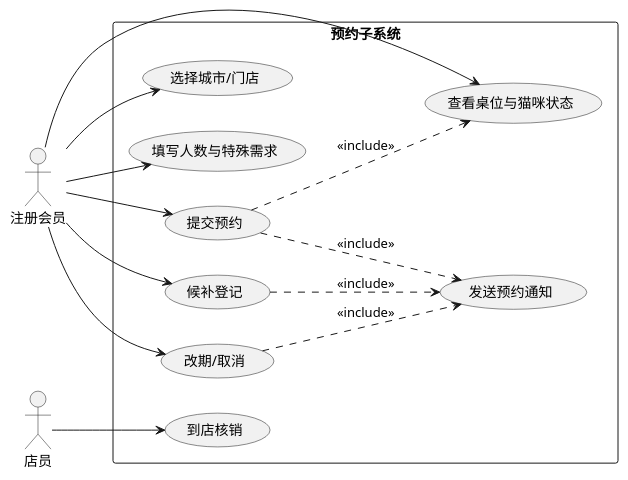
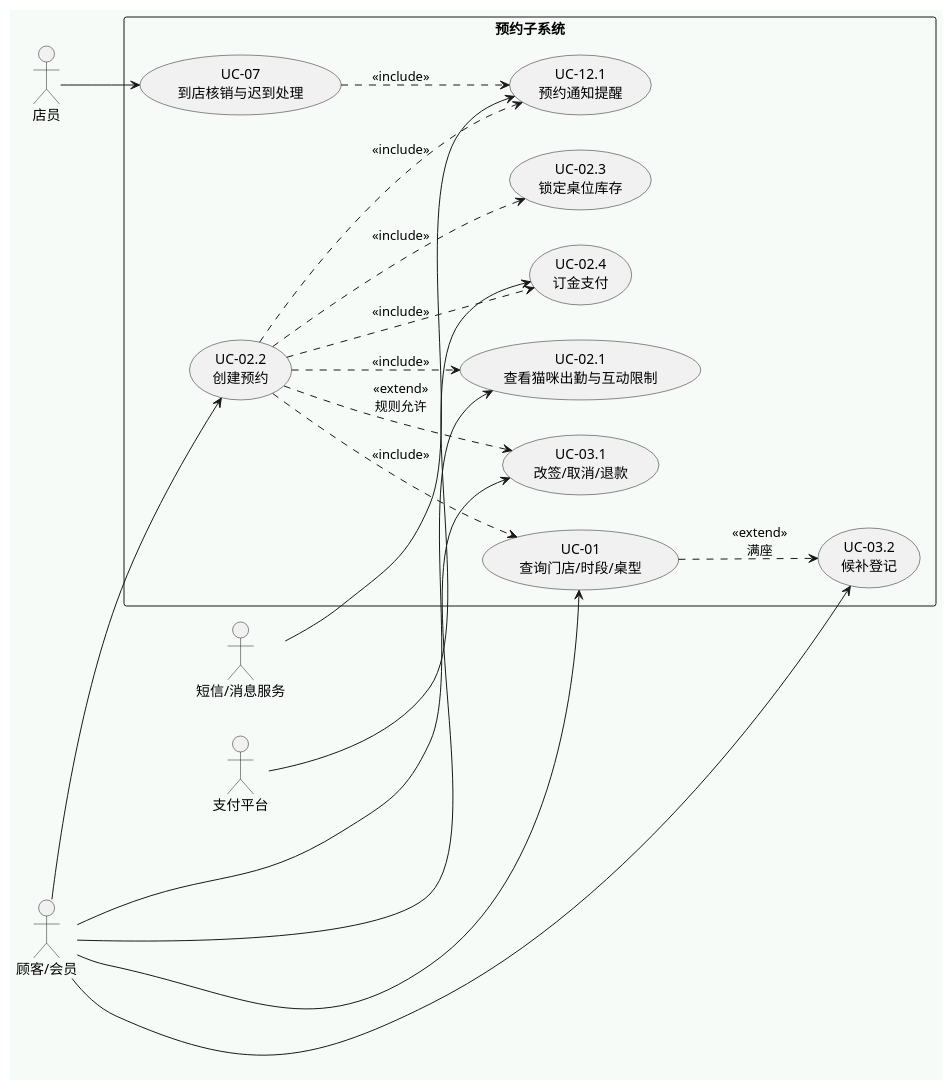
Before and after one commit to EridanusQ/BJFU-SoftwareEngineer: the diagram in 实验一_智能化需求工程与UML建模/D1-4_UML模型集/usecase/子用例_预约.puml, drawn with PlantUML. The commit also changed 40 other files, not shown here.

Commit message:
docs(lab1): polish D1-4 UML and D1-5 traceability

```diff
--- a/实验一_智能化需求工程与UML建模/D1-4_UML模型集/usecase/子用例_预约.puml
+++ b/实验一_智能化需求工程与UML建模/D1-4_UML模型集/usecase/子用例_预约.puml
@@ -1,26 +1,38 @@
 @startuml
 left to right direction
-actor "注册会员" as Member
+skinparam backgroundColor #F6FBF8
+skinparam packageStyle rectangle
+skinparam shadowing false
+skinparam defaultFontName Microsoft YaHei
+actor "顾客/会员" as Customer
 actor "店员" as Staff
+actor "支付平台" as Payment
+actor "短信/消息服务" as Message
 rectangle "预约子系统" {
-  usecase "选择城市/门店" as U1
-  usecase "查看桌位与猫咪状态" as U2
-  usecase "填写人数与特殊需求" as U3
-  usecase "提交预约" as U4
-  usecase "候补登记" as U5
-  usecase "改期/取消" as U6
-  usecase "到店核销" as U7
-  usecase "发送预约通知" as U8
+  usecase "UC-01\n查询门店/时段/桌型" as Search
+  usecase "UC-02.1\n查看猫咪出勤与互动限制" as CatSchedule
+  usecase "UC-02.2\n创建预约" as Create
+  usecase "UC-02.3\n锁定桌位库存" as Lock
+  usecase "UC-02.4\n订金支付" as Deposit
+  usecase "UC-03.1\n改签/取消/退款" as Change
+  usecase "UC-03.2\n候补登记" as Waitlist
+  usecase "UC-07\n到店核销与迟到处理" as CheckIn
+  usecase "UC-12.1\n预约通知提醒" as Notify
 }
-Member --> U1
-Member --> U2
-Member --> U3
-Member --> U4
-Member --> U5
-Member --> U6
-Staff --> U7
-U4 ..> U2 : <<include>>
-U4 ..> U8 : <<include>>
-U5 ..> U8 : <<include>>
-U6 ..> U8 : <<include>>
+Customer --> Search
+Customer --> CatSchedule
+Customer --> Create
+Customer --> Change
+Customer --> Waitlist
+Staff --> CheckIn
+Payment --> Deposit
+Message --> Notify
+Create ..> Search : <<include>>
+Create ..> CatSchedule : <<include>>
+Create ..> Lock : <<include>>
+Create ..> Deposit : <<include>>
+Create ..> Notify : <<include>>
+Search ..> Waitlist : <<extend>>\n满座
+Create ..> Change : <<extend>>\n规则允许
+CheckIn ..> Notify : <<include>>
 @enduml
```
